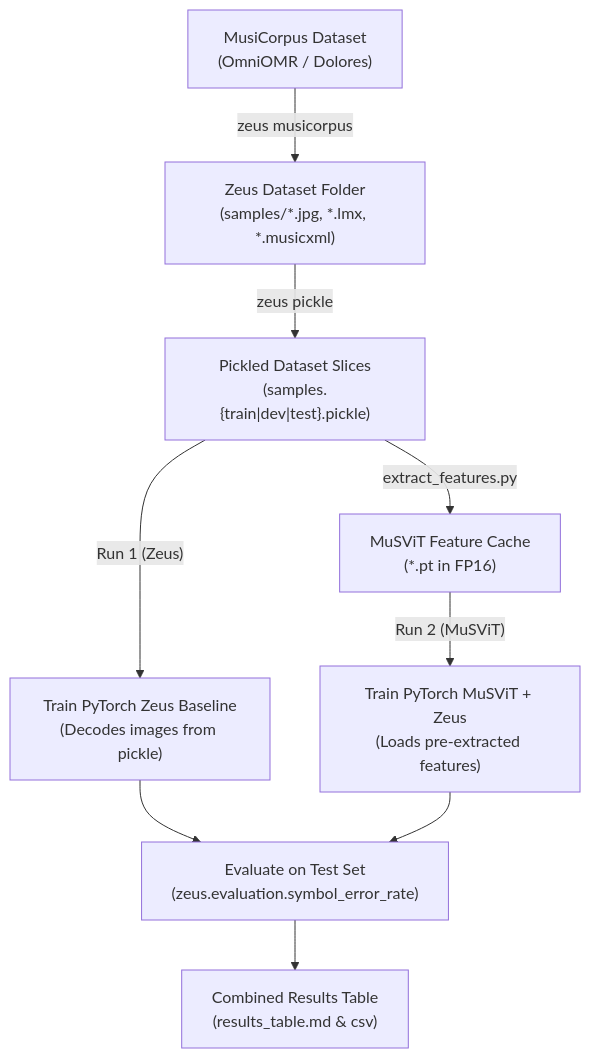
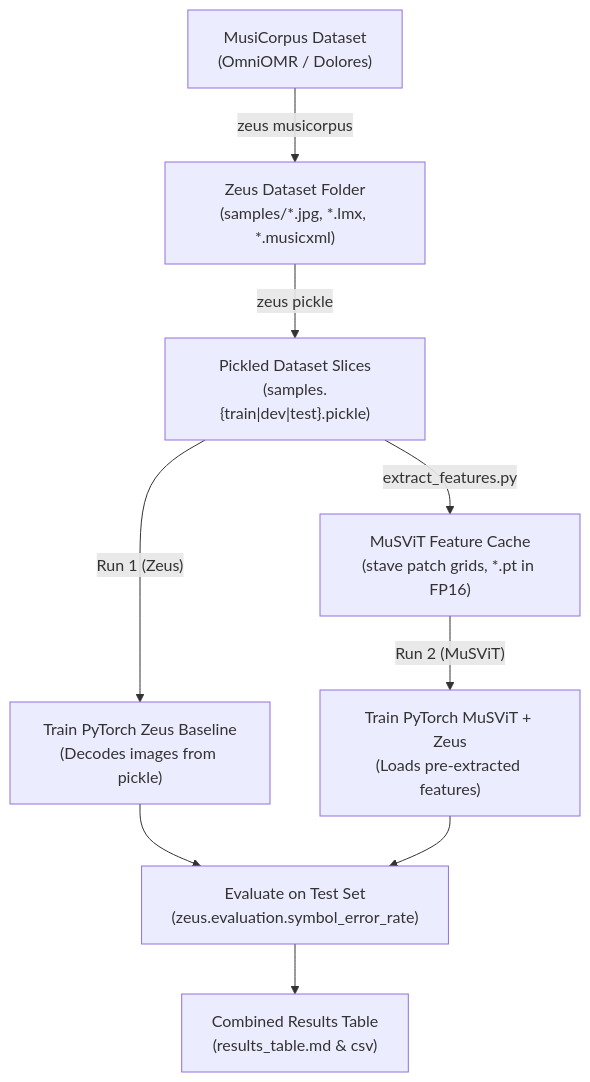
Before and after one commit to ondrej-boska/dipl-experiments: the diagram in musvit_zeus_comparison/README.md, drawn with Mermaid. The commit also changed other lines of this file and 9 other files, not shown here.

````diff
--- a/musvit_zeus_comparison/README.md
+++ b/musvit_zeus_comparison/README.md
@@ -15,11 +15,11 @@
 ```mermaid
 graph TD
     A["MusiCorpus Dataset<br/>(OmniOMR / Dolores)"] -->|"zeus musicorpus"| B["Zeus Dataset Folder<br/>(samples/*.jpg, *.lmx, *.musicxml)"]
     B -->|"zeus pickle"| C["Pickled Dataset Slices<br/>(samples.{train|dev|test}.pickle)"]
     C -->|"Run 1 (Zeus)"| D["Train PyTorch Zeus Baseline<br/>(Decodes images from pickle)"]
-    C -->|"extract_features.py"| E["MuSViT Feature Cache<br/>(*.pt in FP16)"]
+    C -->|"extract_features.py"| E["MuSViT Feature Cache<br/>(stave patch grids, *.pt in FP16)"]
     E -->|"Run 2 (MuSViT)"| F["Train PyTorch MuSViT + Zeus<br/>(Loads pre-extracted features)"]
     D --> G["Evaluate on Test Set<br/>(zeus.evaluation.symbol_error_rate)"]
     F --> G
     G --> H["Combined Results Table<br/>(results_table.md & csv)"]
 ```
````
